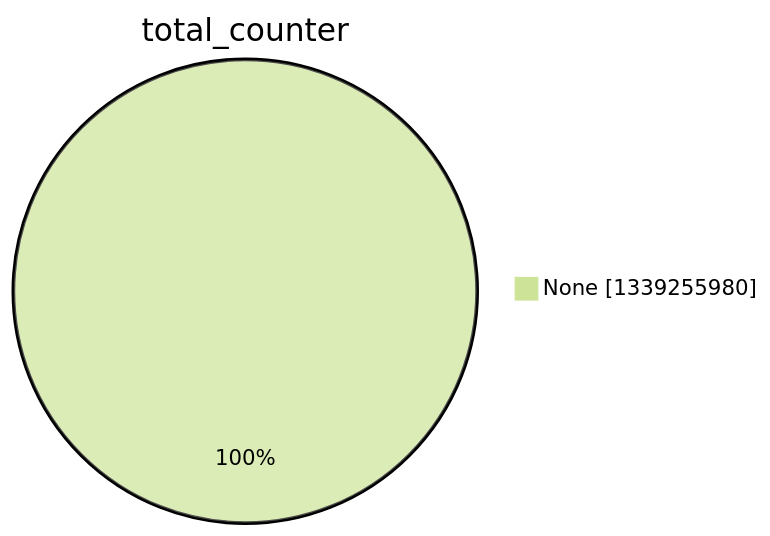
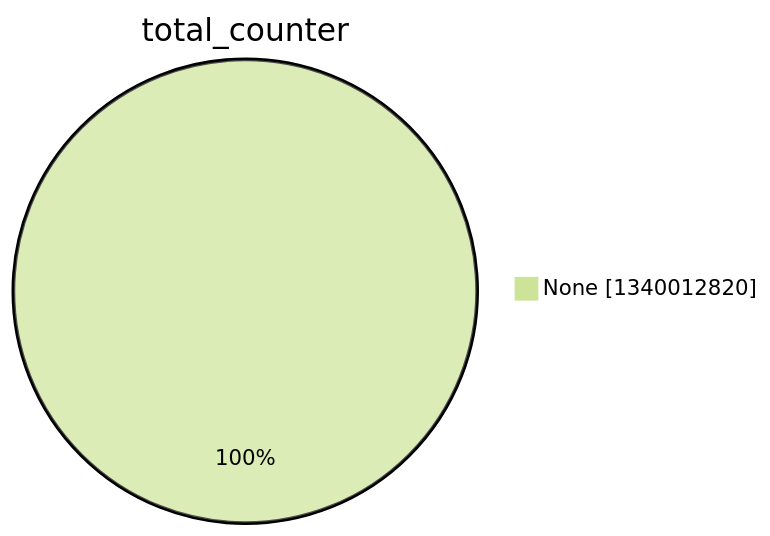
One commit to christiankrug/ctmonitor_visualization changed the second of 15 diagrams in argon2022/README.md. Above: the diagram before and after it, drawn with Mermaid (forest theme). The commit also changed other lines of this file, not shown here.

````diff
--- a/argon2022/README.md
+++ b/argon2022/README.md
@@ -9,5 +9,5 @@
 ```mermaid
 pie showData
 title total_counter
-"None" :1339255980
+"None" :1340012820
 ```
````
